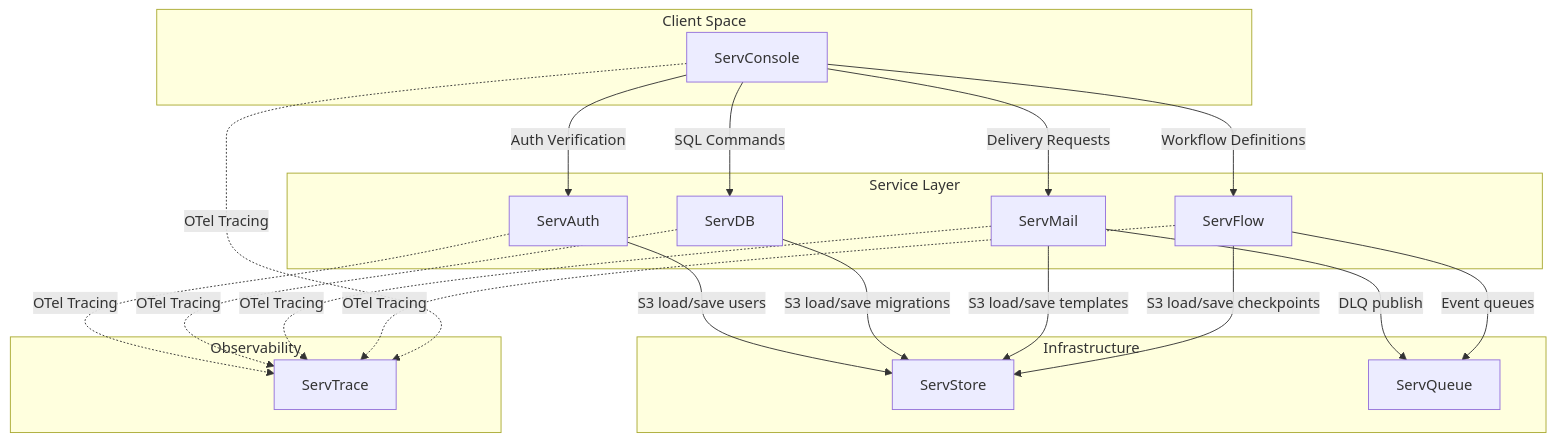
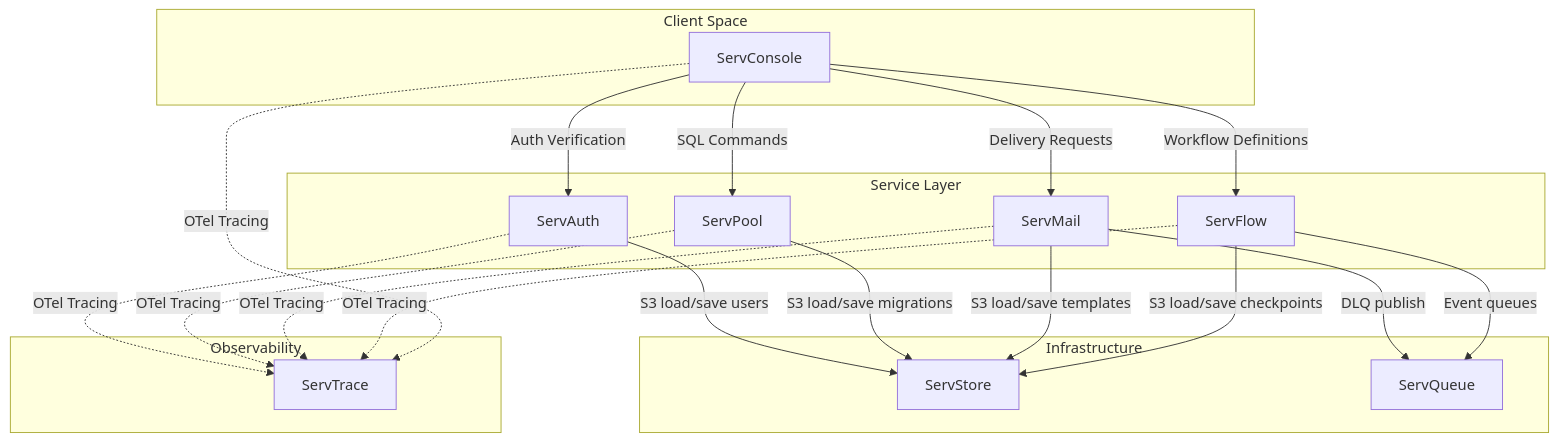
The diagram in docs/components/RUNTIME_DEPENDENCIES.md (vyuvaraj/servverse), drawn with Mermaid before and after one commit. The commit also changed 18 other files, not shown here.

First line of the commit message:
rename: ServDB → ServPool across all ecosystem references

````diff
--- a/docs/components/RUNTIME_DEPENDENCIES.md
+++ b/docs/components/RUNTIME_DEPENDENCIES.md
@@ -9,45 +9,45 @@
 ```mermaid
 graph TD
     subgraph Client Space
         Console[ServConsole]
     end
 
     subgraph Service Layer
         Auth[ServAuth]
-        DB[ServDB]
+        DB[ServPool]
         Mail[ServMail]
         Flow[ServFlow]
     end
 
     subgraph Infrastructure
         Store[ServStore]
         Queue[ServQueue]
     end
 
     subgraph Observability
         Trace[ServTrace]
     end
 
     %% Routing / Proxy flows
     Console -->|Auth Verification| Auth
     Console -->|SQL Commands| DB
     Console -->|Delivery Requests| Mail
     Console -->|Workflow Definitions| Flow
 
     %% Storage persistence flows
     Auth -->|S3 load/save users| Store
     DB -->|S3 load/save migrations| Store
     Mail -->|S3 load/save templates| Store
     Flow -->|S3 load/save checkpoints| Store
 
     %% Queue flows
     Mail -->|DLQ publish| Queue
     Flow -->|Event queues| Queue
 
     %% Tracing / OTel flows
     Auth -.->|OTel Tracing| Trace
     DB -.->|OTel Tracing| Trace
     Mail -.->|OTel Tracing| Trace
     Flow -.->|OTel Tracing| Trace
     Console -.->|OTel Tracing| Trace
 ```
````
